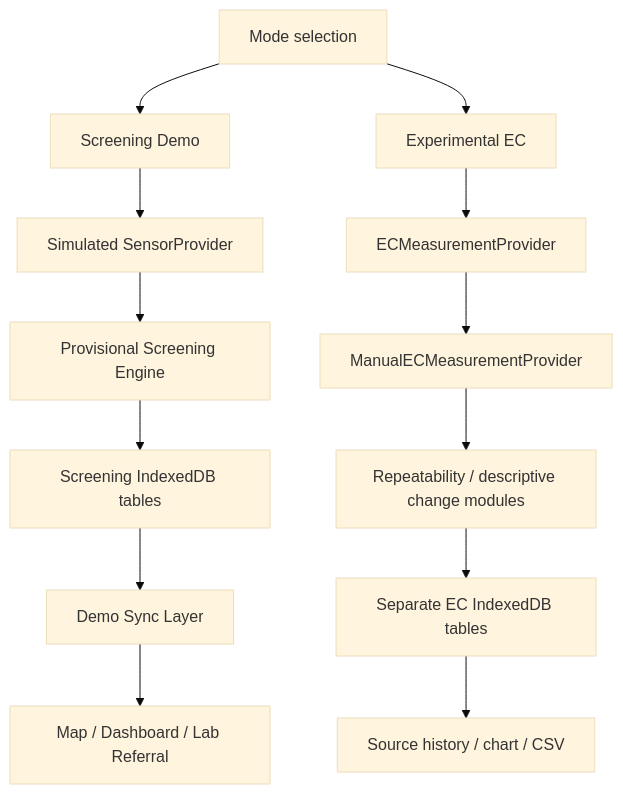
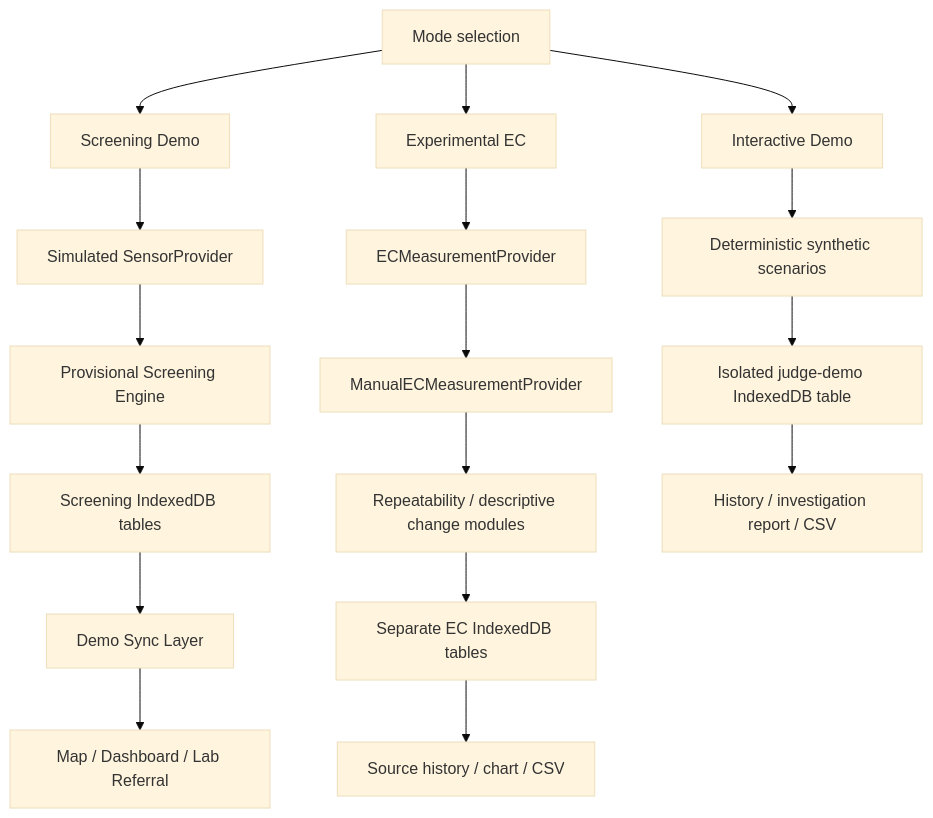
The diagram in README.md (thisisanubhav/jalrakshak), drawn with Mermaid (base theme) before and after one commit. The commit also changed other lines of this file and 18 other files, not shown here.

````diff
--- a/README.md
+++ b/README.md
@@ -95,15 +97,19 @@
 ```mermaid
 flowchart TD
   A[Mode selection] --> B[Screening Demo]
   A --> H[Experimental EC]
+  A --> N[Interactive Demo]
   B --> C[Simulated SensorProvider]
   C --> D[Provisional Screening Engine]
   D --> E[Screening IndexedDB tables]
   E --> F[Demo Sync Layer]
   F --> G[Map / Dashboard / Lab Referral]
   H --> I[ECMeasurementProvider]
   I --> J[ManualECMeasurementProvider]
   J --> K[Repeatability / descriptive change modules]
   K --> L[Separate EC IndexedDB tables]
   L --> M[Source history / chart / CSV]
+  N --> O[Deterministic synthetic scenarios]
+  O --> P[Isolated judge-demo IndexedDB table]
+  P --> Q[History / investigation report / CSV]
 ```
````
